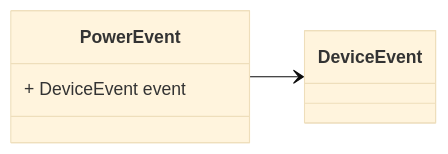
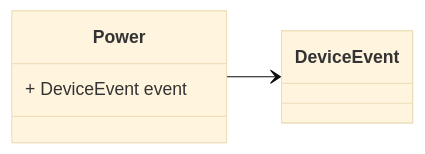
One commit to zaphiro-technologies/protobuf changed the fifth of 8 diagrams in docs/device_event.proto.md. Above: the diagram before and after it, drawn with Mermaid (base theme). The commit also changed other lines of this file and 2 other files, not shown here.

First line of the commit message:
Remove `Event` from the name of `DeviceEvent` subclasses (#37)

````diff
--- a/docs/device_event.proto.md
+++ b/docs/device_event.proto.md
@@ -96,12 +96,12 @@
 ```mermaid
 classDiagram
 direction LR
 
 %% 
 
-class PowerEvent {
+class Power {
   + DeviceEvent event
 }
-PowerEvent --> `DeviceEvent`
+Power --> `DeviceEvent`
 
 ```
````
